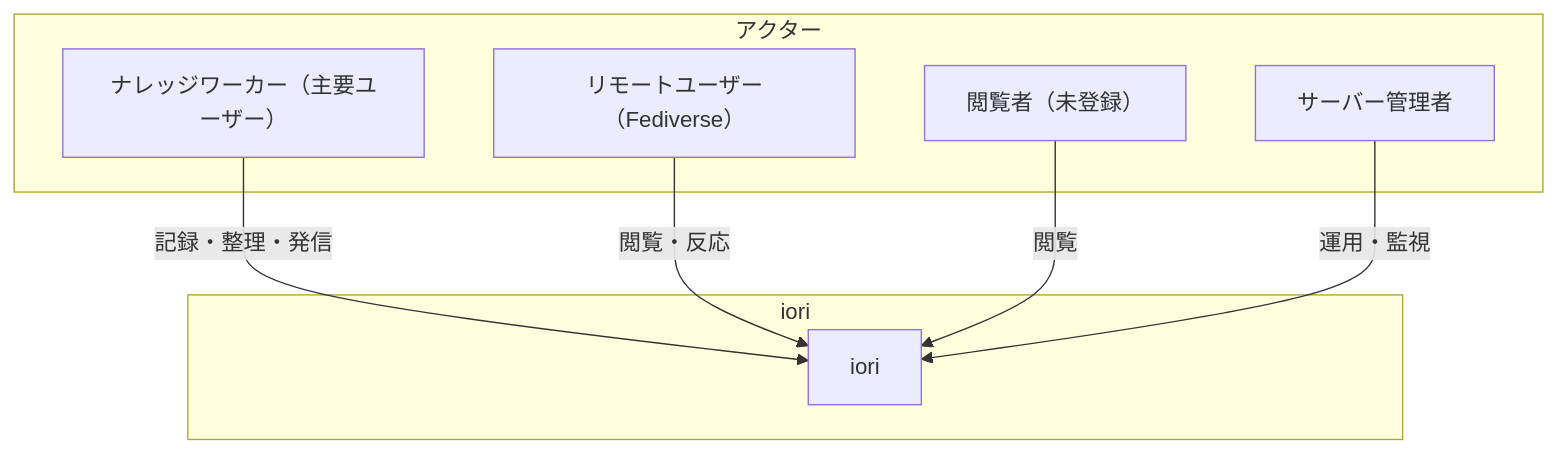
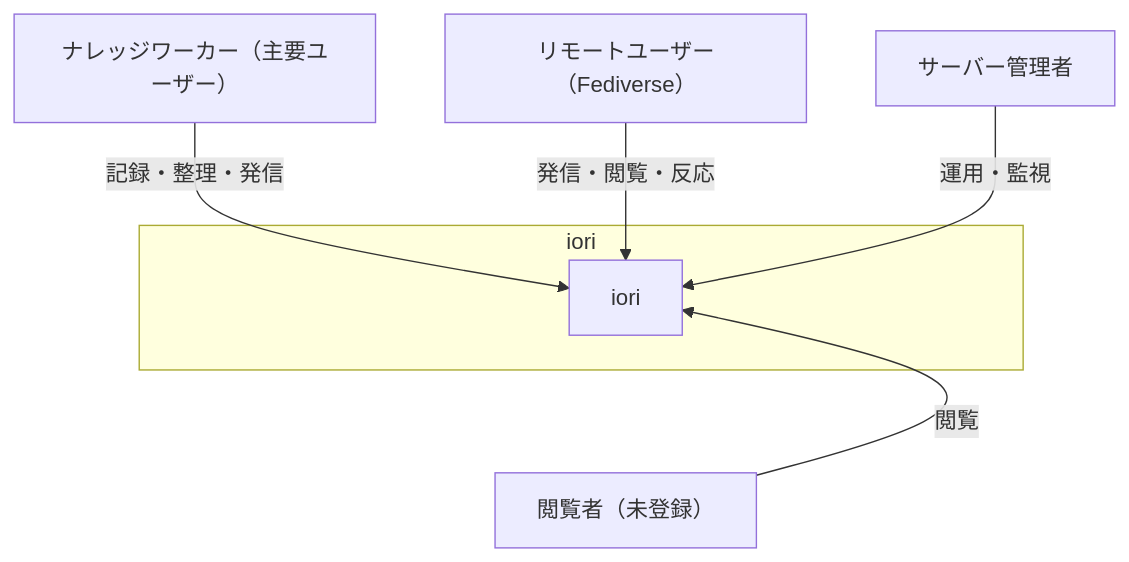
The first of 5 diagrams in apps/microblog/docs/rdra/system-value.md (iwasa-kosui/monorepo), drawn with Mermaid before and after one commit.

````diff
--- a/apps/microblog/docs/rdra/system-value.md
+++ b/apps/microblog/docs/rdra/system-value.md
@@ -51,18 +51,18 @@
 ```mermaid
 graph TB
-    subgraph "アクター"
-        A["ナレッジワーカー（主要ユーザー）"]
-        B["リモートユーザー（Fediverse）"]
-        C["閲覧者（未登録）"]
-        D["サーバー管理者"]
-    end
+    A["ナレッジワーカー（主要ユーザー）"]
+    B["リモートユーザー（Fediverse）"]
+    C["閲覧者（未登録）"]
+    D["サーバー管理者"]
 
     subgraph "iori"
         I["iori"]
     end
 
     A -->|"記録・整理・発信"| I
-    B -->|"閲覧・反応"| I
+    B -->|"発信・閲覧・反応"| I
+    D -->|"運用・監視"| I
+
+    I ~~~ C
     C -->|"閲覧"| I
-    D -->|"運用・監視"| I
 ```
````
